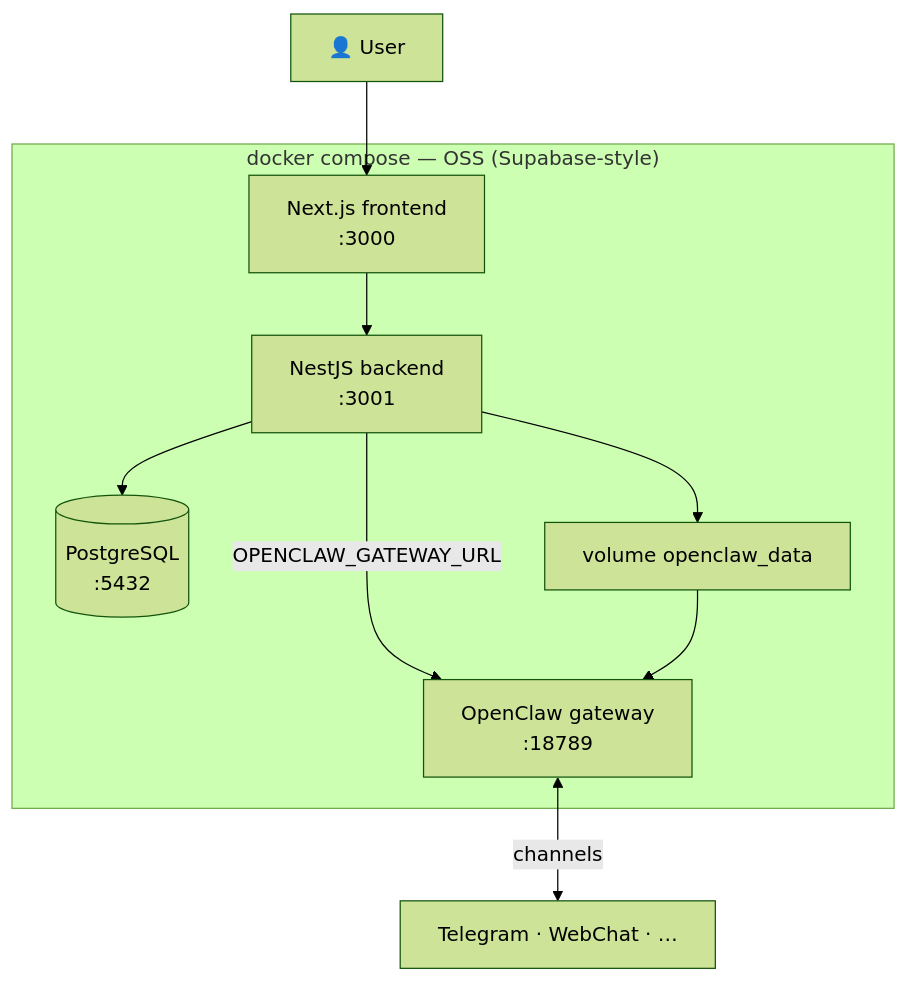
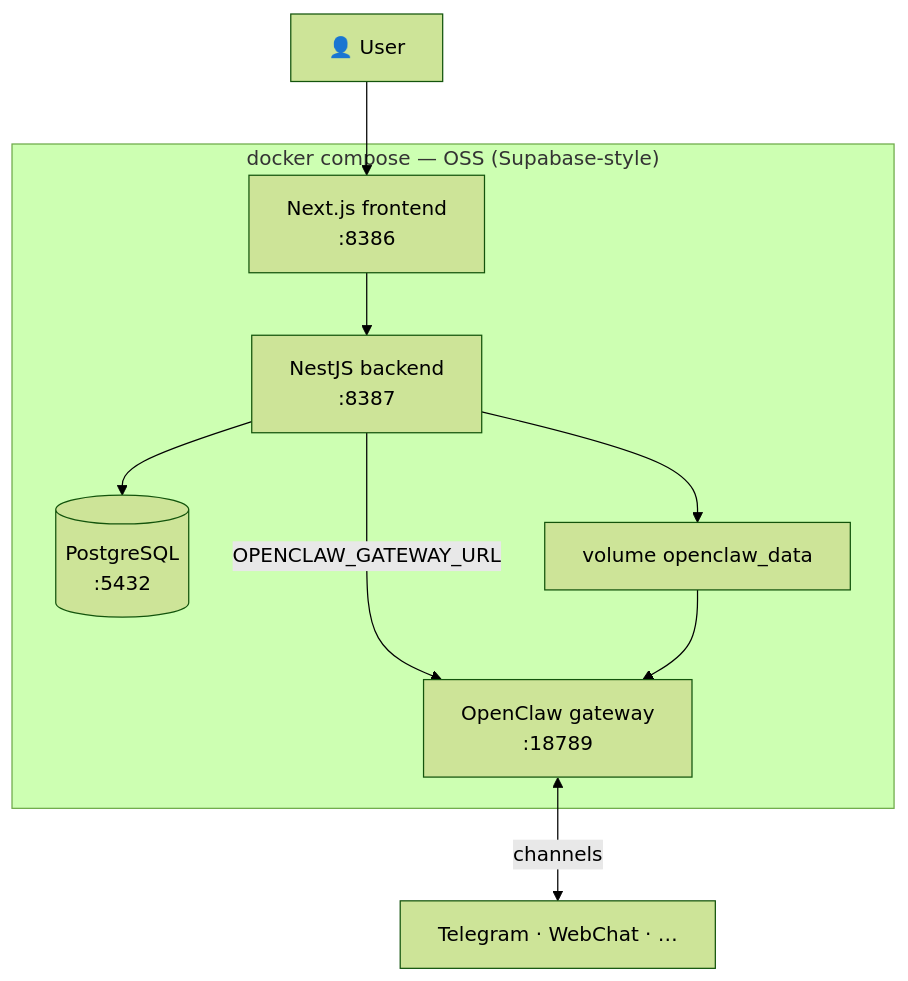
One commit to mankhb2k/claw-dashboard changed the third of 15 diagrams in workflow.md. Above: the diagram before and after it, drawn with Mermaid (forest theme). The commit also changed other lines of this file and 99 other files, not shown here.

````diff
--- a/workflow.md
+++ b/workflow.md
@@ -181,17 +182,17 @@
 ```mermaid
 flowchart TB
     subgraph Compose["docker compose — OSS (Supabase-style)"]
-        FE["Next.js frontend\n:3000"]
-        API["NestJS backend\n:3001"]
+        FE["Next.js frontend\n:8386"]
+        API["NestJS backend\n:8387"]
         DB[("PostgreSQL\n:5432")]
         GW["OpenClaw gateway\n:18789"]
         VOL["volume openclaw_data"]
         FE --> API --> DB
         API --> VOL
         API -->|"OPENCLAW_GATEWAY_URL"| GW
         VOL --> GW
     end
 
     U["👤 User"] --> FE
     GW <-->|channels| CHAT["Telegram · WebChat · …"]
 ```
````
